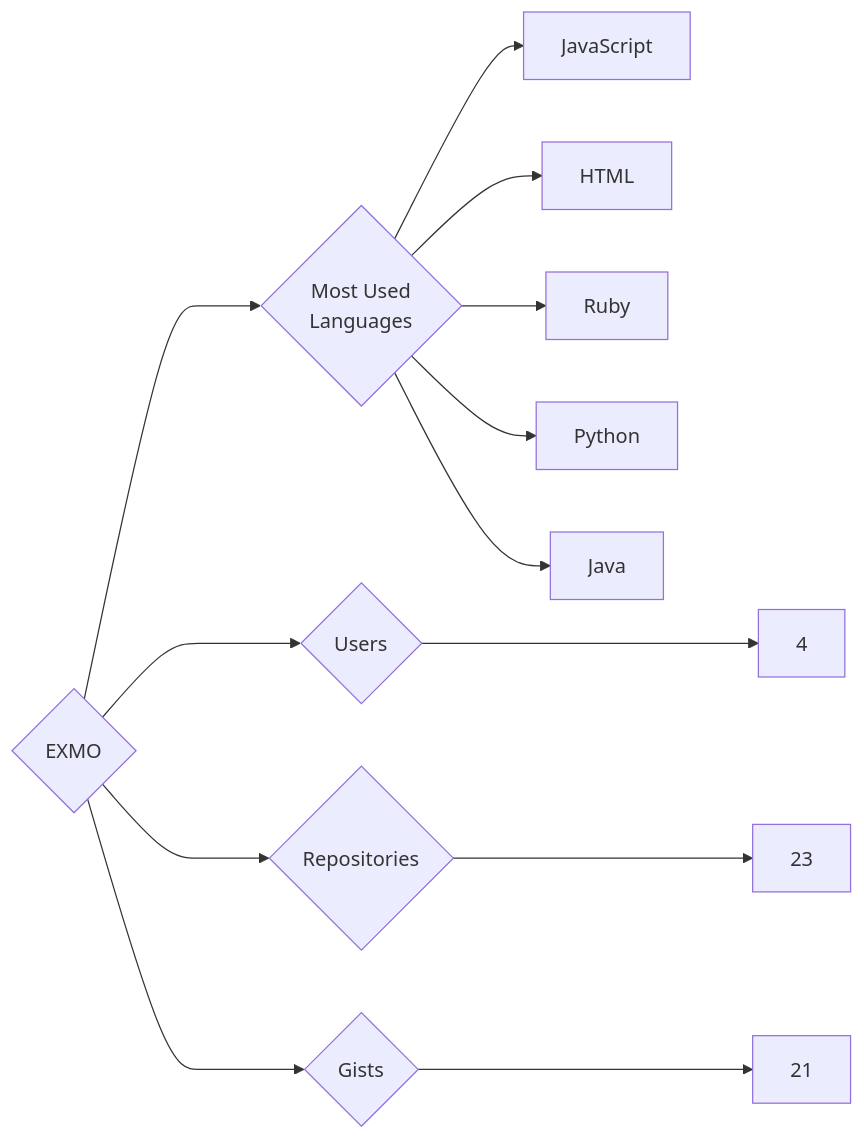
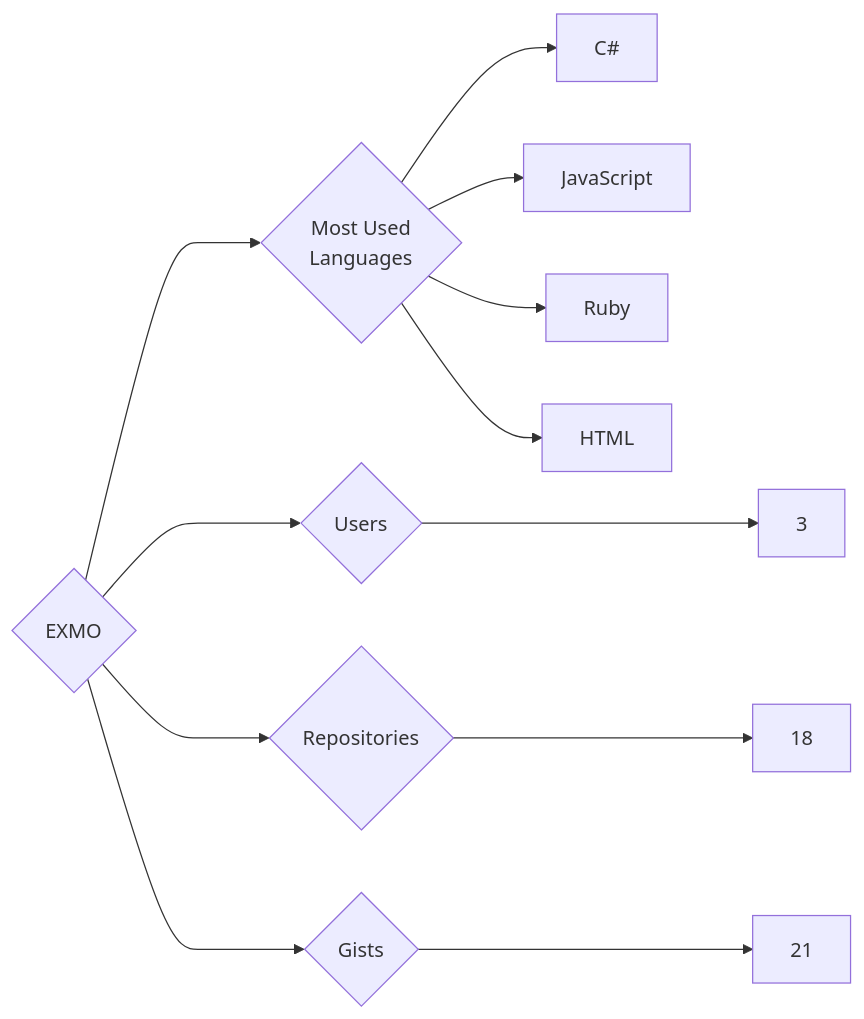
Before and after one commit to trickest/insiders: the diagram in targets/EXMO/README.md, drawn with Mermaid. The commit also changed 912 other files, not shown here.

````diff
--- a/targets/EXMO/README.md
+++ b/targets/EXMO/README.md
@@ -3,13 +3,12 @@
 ```mermaid
 graph LR
 COMPANY_NAME{EXMO}
-COMPANY_NAME ---> U{Users} ---> UN[4]
-COMPANY_NAME ---> R{Repositories} ---> RN[23]
+COMPANY_NAME ---> U{Users} ---> UN[3]
+COMPANY_NAME ---> R{Repositories} ---> RN[18]
 COMPANY_NAME ---> G{Gists} ---> GN[21]
 COMPANY_NAME ---> ML{Most Used<br>Languages}
+ML --> C#[C#]
 ML --> JavaScript[JavaScript]
+ML --> Ruby[Ruby]
 ML --> HTML[HTML]
-ML --> Ruby[Ruby]
-ML --> Python[Python]
-ML --> Java[Java]
 ```
````
